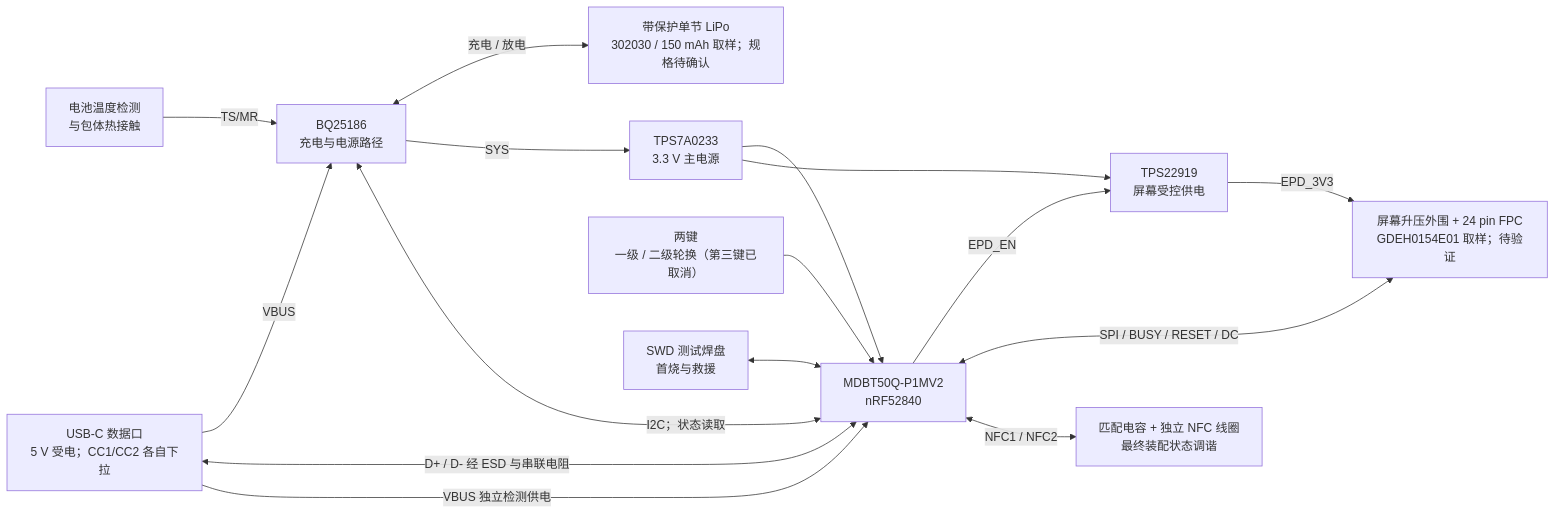
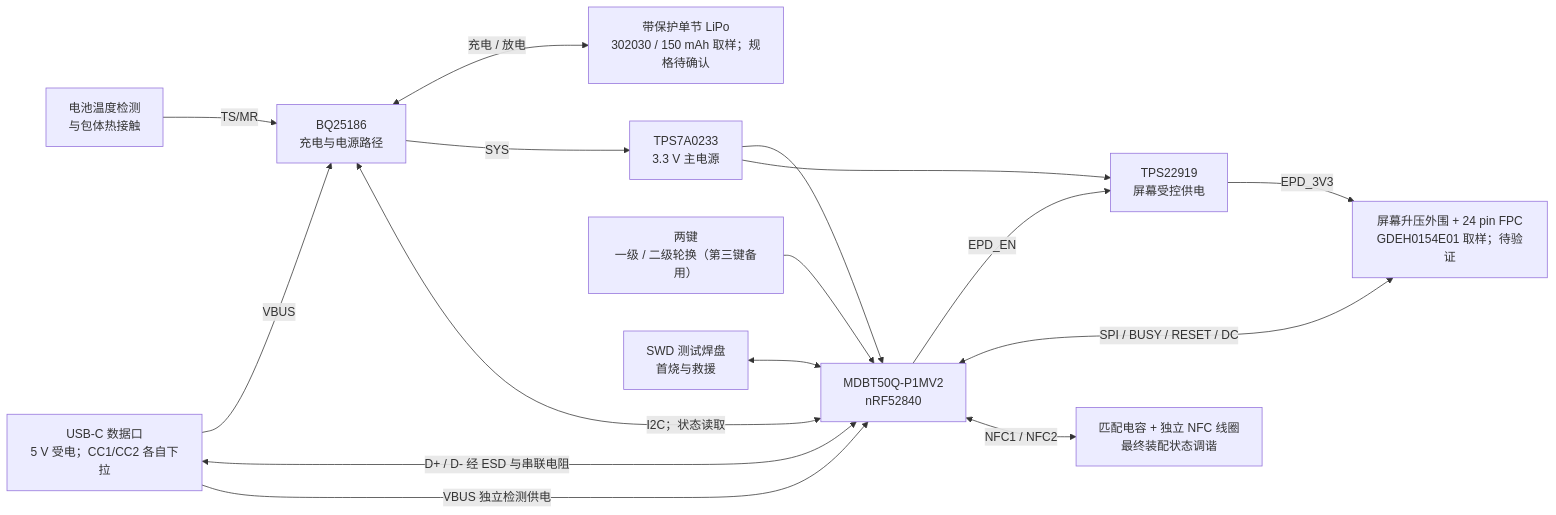
One commit to Lin-Guanguo/hardware-lab changed the diagram in projects/nfc-business-card/hardware/system-design.md. Above: the diagram before and after it, drawn with Mermaid. The commit also changed 8 other files, not shown here.

````diff
--- a/projects/nfc-business-card/hardware/system-design.md
+++ b/projects/nfc-business-card/hardware/system-design.md
@@ -9,29 +9,29 @@
 ```mermaid
 flowchart LR
     USB["USB-C 数据口\n5 V 受电；CC1/CC2 各自下拉"]
     CHG["BQ25186\n充电与电源路径"]
     BAT["带保护单节 LiPo\n302030 / 150 mAh 取样；规格待确认"]
     LDO["TPS7A0233\n3.3 V 主电源"]
     MCU["MDBT50Q-P1MV2\nnRF52840"]
     SW["TPS22919\n屏幕受控供电"]
     EPD["屏幕升压外围 + 24 pin FPC\nGDEH0154E01 取样；待验证"]
     NFC["匹配电容 + 独立 NFC 线圈\n最终装配状态调谐"]
-    KEY["两键\n一级 / 二级轮换（第三键已取消）"]
+    KEY["两键\n一级 / 二级轮换（第三键备用）"]
     DEBUG["SWD 测试焊盘\n首烧与救援"]
     NTC["电池温度检测\n与包体热接触"]
     USB -->|VBUS| CHG
     CHG <-->|充电 / 放电| BAT
     CHG -->|SYS| LDO
     LDO --> MCU
     LDO --> SW
     SW -->|EPD_3V3| EPD
     USB <-->|D+ / D- 经 ESD 与串联电阻| MCU
     USB -->|VBUS 独立检测供电| MCU
     MCU <-->|I2C；状态读取| CHG
     NTC -->|TS/MR| CHG
     MCU -->|EPD_EN| SW
     MCU <-->|SPI / BUSY / RESET / DC| EPD
     MCU <-->|NFC1 / NFC2| NFC
     KEY --> MCU
     DEBUG <--> MCU
 ```
````
